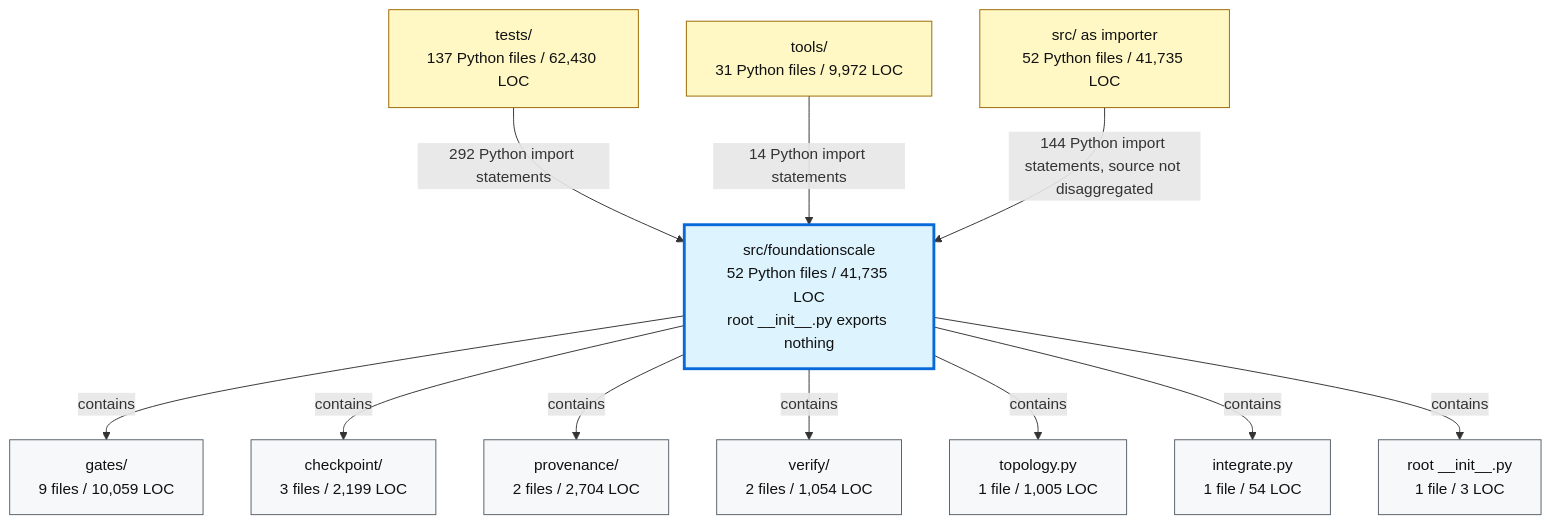
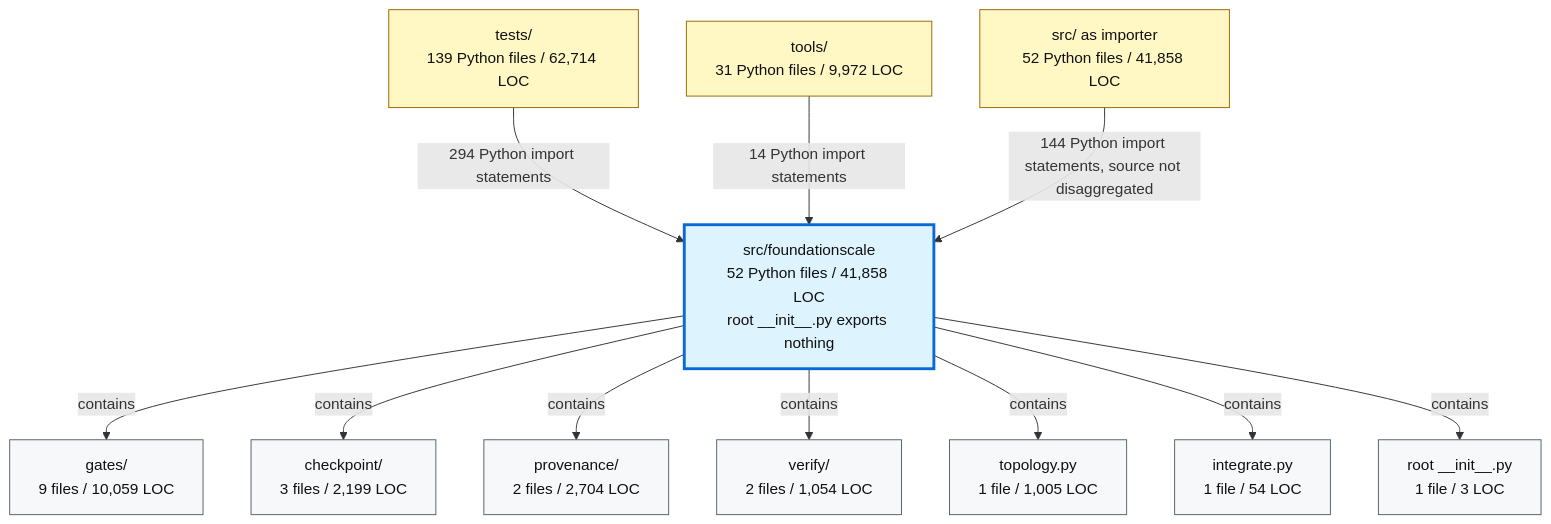
The second of 2 diagrams in docs/review/D2_current_architecture.md (TranNhiem/FoundationScale), drawn with Mermaid before and after one commit. The commit also changed other lines of this file and 23 other files, not shown here.

````diff
--- a/docs/review/D2_current_architecture.md
+++ b/docs/review/D2_current_architecture.md
@@ -97,36 +97,36 @@
 ```mermaid
 flowchart TB
-  TESTS["tests/<br/>137 Python files / 62,430 LOC"]
+  TESTS["tests/<br/>139 Python files / 62,714 LOC"]
   TOOLS["tools/<br/>31 Python files / 9,972 LOC"]
-  SRC["src/ as importer<br/>52 Python files / 41,735 LOC"]
+  SRC["src/ as importer<br/>52 Python files / 41,858 LOC"]
 
-  FS["src/foundationscale<br/>52 Python files / 41,735 LOC<br/>root __init__.py exports nothing"]
+  FS["src/foundationscale<br/>52 Python files / 41,858 LOC<br/>root __init__.py exports nothing"]
 
   GATES["gates/<br/>9 files / 10,059 LOC"]
   CKPT["checkpoint/<br/>3 files / 2,199 LOC"]
   PROV["provenance/<br/>2 files / 2,704 LOC"]
   VERIFY["verify/<br/>2 files / 1,054 LOC"]
   TOPO["topology.py<br/>1 file / 1,005 LOC"]
   INTEG["integrate.py<br/>1 file / 54 LOC"]
   ROOT["root __init__.py<br/>1 file / 3 LOC"]
 
-  TESTS -->|"292 Python import statements"| FS
+  TESTS -->|"294 Python import statements"| FS
   TOOLS -->|"14 Python import statements"| FS
   SRC -->|"144 Python import statements, source not disaggregated"| FS
 
   FS -->|"contains"| GATES
   FS -->|"contains"| CKPT
   FS -->|"contains"| PROV
   FS -->|"contains"| VERIFY
   FS -->|"contains"| TOPO
   FS -->|"contains"| INTEG
   FS -->|"contains"| ROOT
 
   classDef consumer fill:#fff8c5,stroke:#9a6700,color:#111;
   classDef package fill:#ddf4ff,stroke:#0969da,stroke-width:3px,color:#111;
   classDef module fill:#f6f8fa,stroke:#57606a,color:#111;
 
   class TESTS,TOOLS,SRC consumer;
   class FS package;
   class GATES,CKPT,PROV,VERIFY,TOPO,INTEG,ROOT module;
 ```
````
